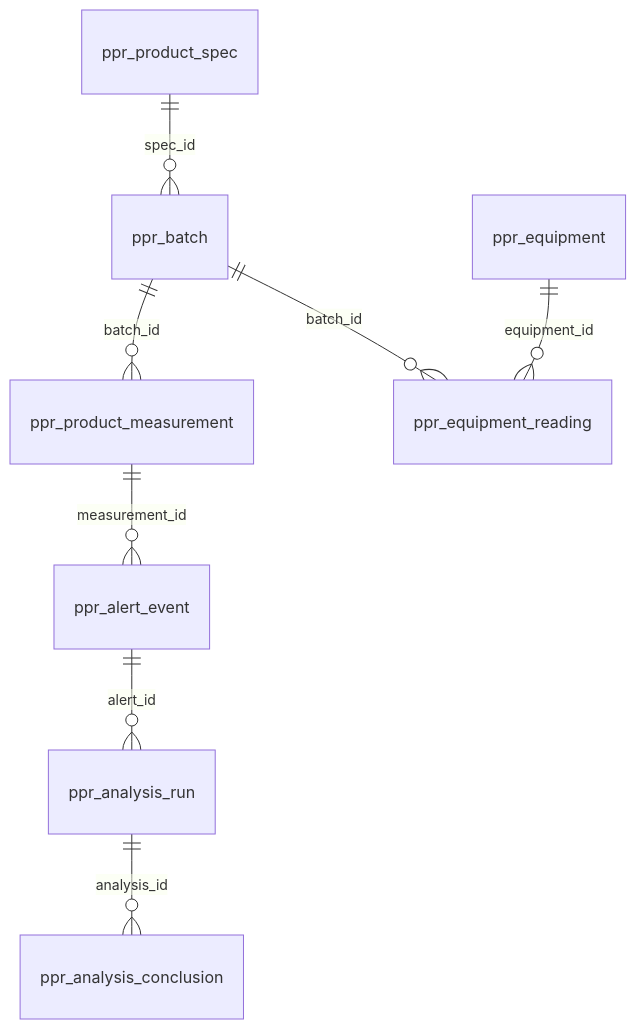
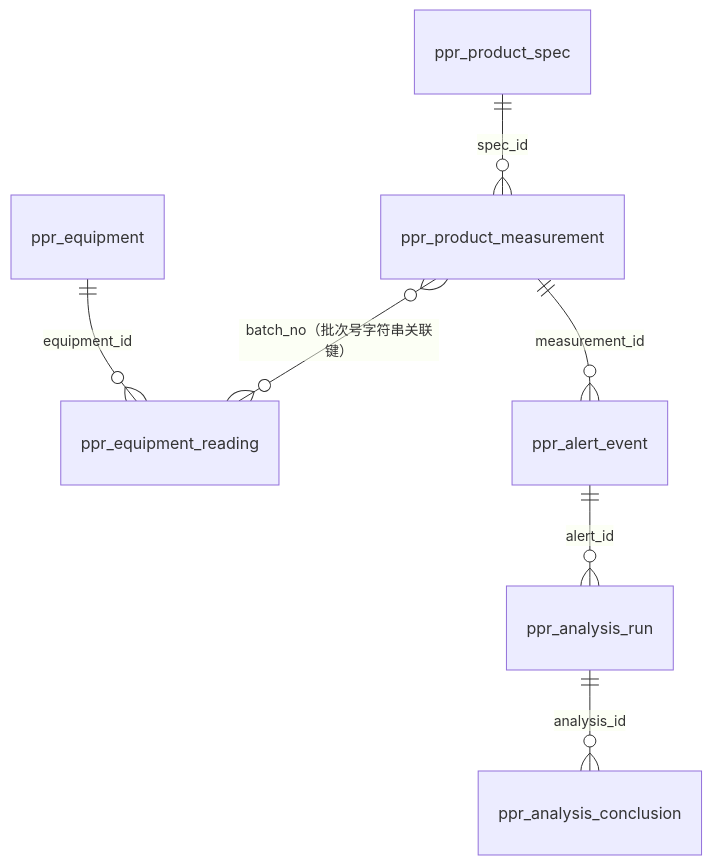
Before and after one commit to jsong2292-stack/PPR: the second of 3 diagrams in code/doc/异常诊断Agent调用规则与分析逻辑.md, drawn with Mermaid. The commit also changed other lines of this file and 75 other files, not shown here.

First line of the commit message:
refactor: 移除批次主表改为按批次号实时聚合视图

````diff
--- a/code/doc/异常诊断Agent调用规则与分析逻辑.md
+++ b/code/doc/异常诊断Agent调用规则与分析逻辑.md
@@ -595,10 +595,10 @@
 ```mermaid
 erDiagram
-    ppr_product_spec ||--o{ ppr_batch : "spec_id"
-    ppr_batch ||--o{ ppr_product_measurement : "batch_id"
-    ppr_batch ||--o{ ppr_equipment_reading : "batch_id"
+    %% ppr_batch 已不是表，而是按 batch_no 实时聚合两张子表的只读视图，不参与外键关联
+    ppr_product_spec ||--o{ ppr_product_measurement : "spec_id"
+    ppr_product_measurement }o--o{ ppr_equipment_reading : "batch_no（批次号字符串关联键）"
     ppr_equipment ||--o{ ppr_equipment_reading : "equipment_id"
     ppr_product_measurement ||--o{ ppr_alert_event : "measurement_id"
     ppr_alert_event ||--o{ ppr_analysis_run : "alert_id"
     ppr_analysis_run ||--o{ ppr_analysis_conclusion : "analysis_id"
 ```
````
